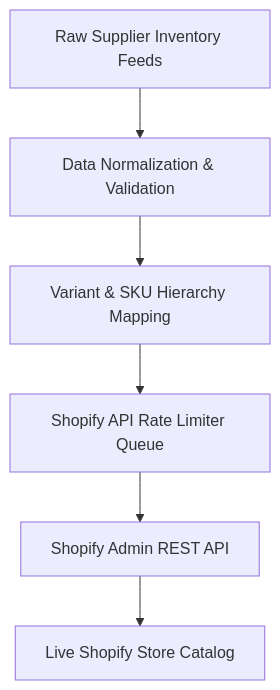
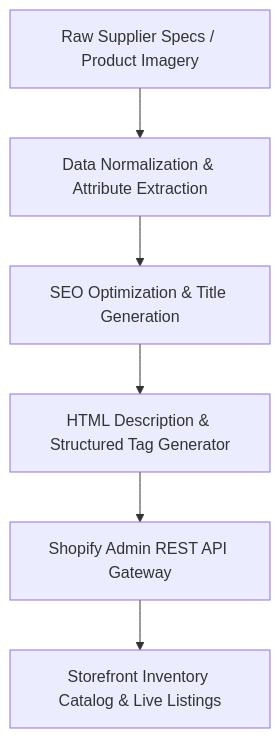
Before and after one commit to sohailahmed-bsrh/shopify-listing: the diagram in README.md, drawn with Mermaid. The commit also changed other lines of this file, not shown here.

Commit message:
docs: deploy visual showcase README with screenshot galleries and architecture specifications

````diff
--- a/README.md
+++ b/README.md
@@ -30,8 +46,8 @@
 ```mermaid
 flowchart TD
-    SupplierData[Raw Supplier Inventory Feeds] --> Ingestion[Data Normalization & Validation]
-    Ingestion --> Transform[Variant & SKU Hierarchy Mapping]
-    Transform --> RateLimiter[Shopify API Rate Limiter Queue]
-    RateLimiter --> ShopifyAPI[Shopify Admin REST API]
-    ShopifyAPI --> Storefront[Live Shopify Store Catalog]
+    A[Raw Supplier Specs / Product Imagery] --> B[Data Normalization & Attribute Extraction]
+    B --> C[SEO Optimization & Title Generation]
+    C --> D[HTML Description & Structured Tag Generator]
+    D --> E[Shopify Admin REST API Gateway]
+    E --> F[Storefront Inventory Catalog & Live Listings]
 ```
````
